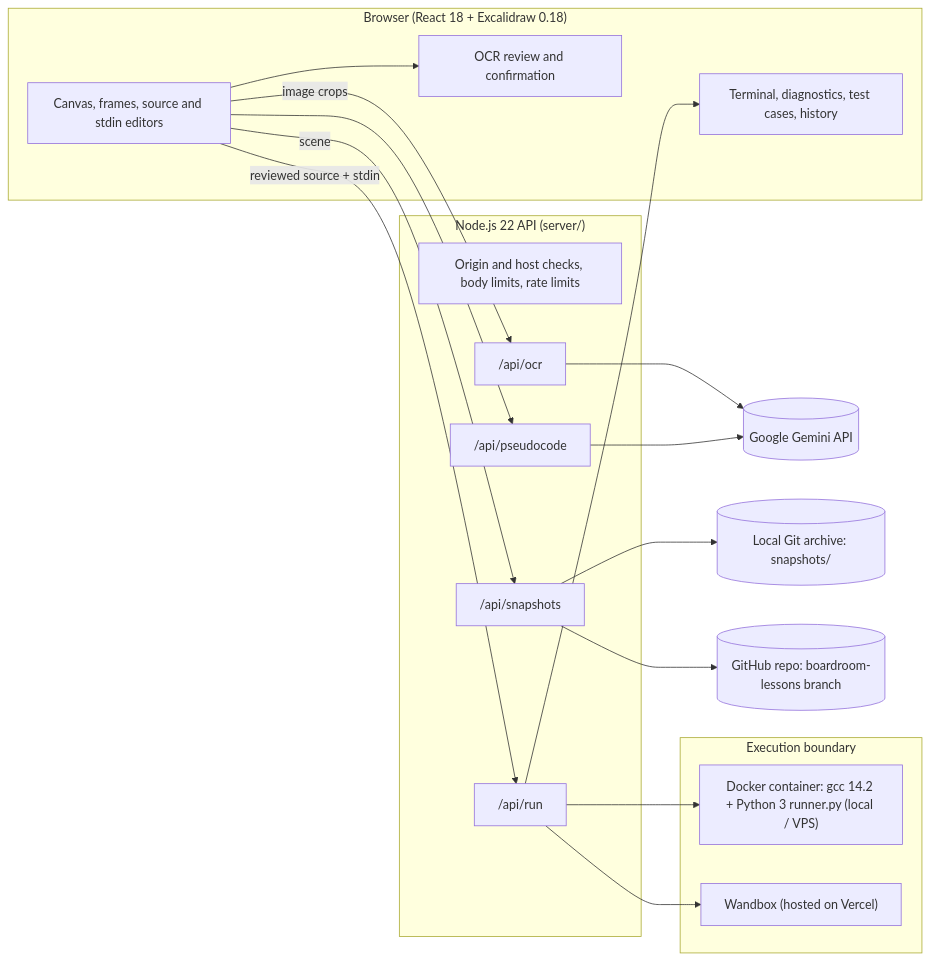
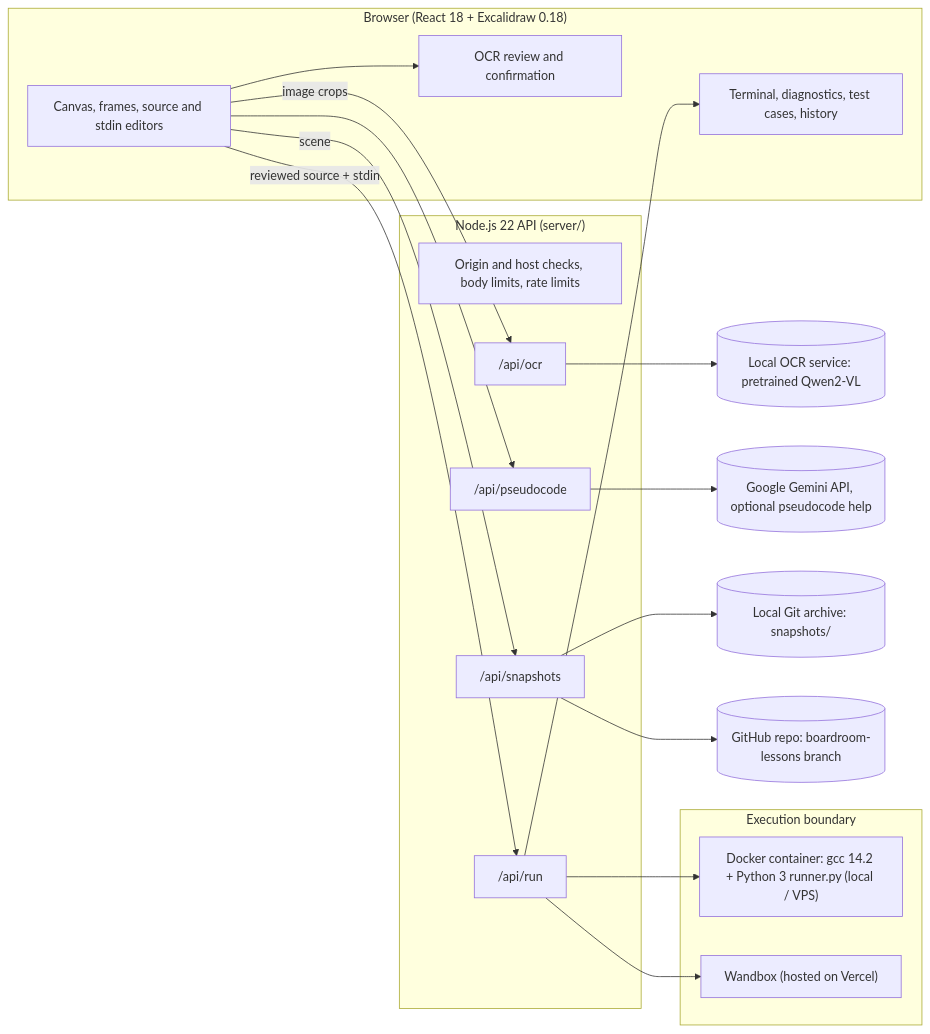
The diagram in README.md (NOTtaLEMON/Whiteboard-Project), drawn with Mermaid before and after one commit. The commit also changed other lines of this file and 21 other files, not shown here.

First line of the commit message:
Use pretrained local Qwen2-VL for handwriting OCR instead of Gemini

````diff
--- a/README.md
+++ b/README.md
@@ -93,36 +93,37 @@
 ```mermaid
 flowchart LR
     subgraph Browser["Browser (React 18 + Excalidraw 0.18)"]
         UI[Canvas, frames, source and stdin editors]
         REV[OCR review and confirmation]
         RES[Terminal, diagnostics, test cases, history]
     end
 
     subgraph API["Node.js 22 API (server/)"]
         GUARD[Origin and host checks, body limits, rate limits]
         OCR["/api/ocr"]
         PSE["/api/pseudocode"]
         RUN["/api/run"]
         SNAP["/api/snapshots"]
     end
 
     subgraph Exec["Execution boundary"]
         DOCKER["Docker container: gcc 14.2 + Python 3 runner.py (local / VPS)"]
         WANDBOX["Wandbox (hosted on Vercel)"]
     end
 
-    GEMINI[(Google Gemini API)]
+    VLM[(Local OCR service: pretrained Qwen2-VL)]
+    GEMINI[(Google Gemini API, optional pseudocode help)]
     GITLOCAL[(Local Git archive: snapshots/)]
     GITHUB[(GitHub repo: boardroom-lessons branch)]
 
     UI --> REV
-    UI -->|image crops| OCR --> GEMINI
+    UI -->|image crops| OCR --> VLM
     UI --> PSE --> GEMINI
     UI -->|reviewed source + stdin| RUN
     RUN --> DOCKER
     RUN --> WANDBOX
     UI -->|scene| SNAP
     SNAP --> GITLOCAL
     SNAP --> GITHUB
     RUN --> RES
 ```
````
